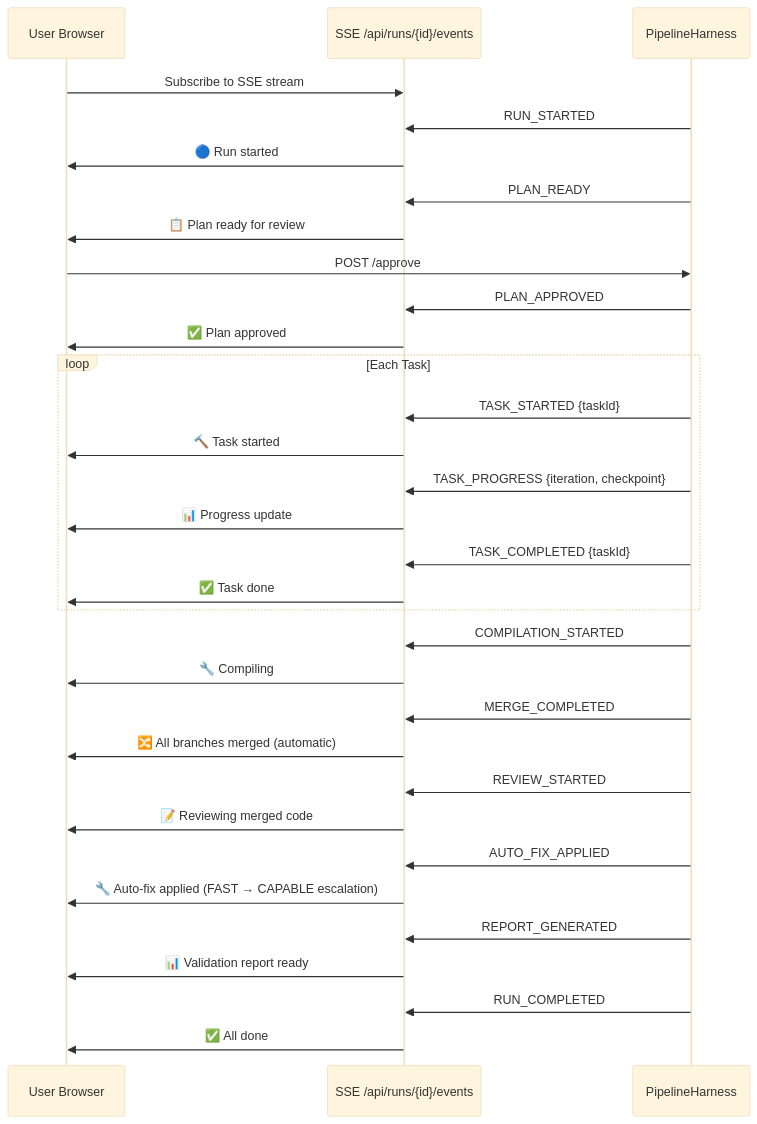
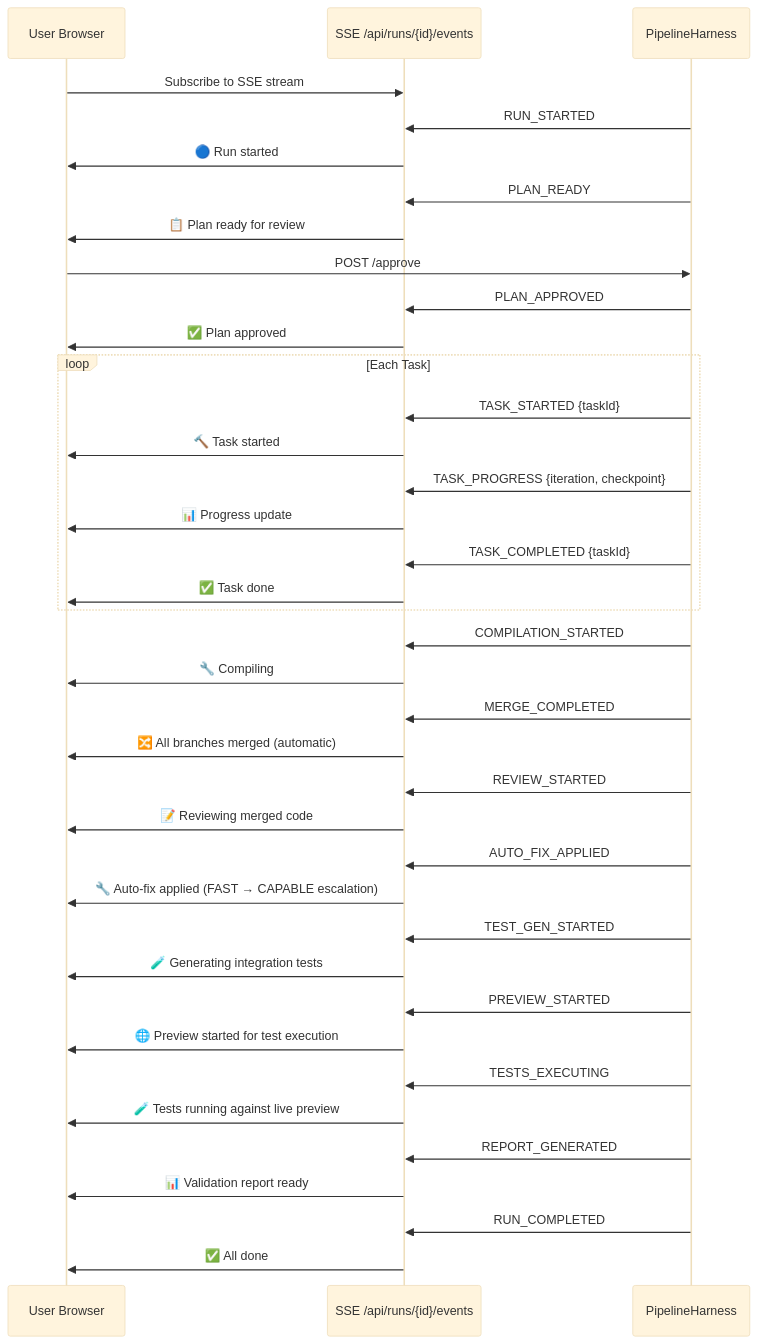
One commit to navneetprabhakar/executespec changed the second of 25 diagrams in docs/WORKFLOWS.md. Above: the diagram before and after it, drawn with Mermaid (base theme). The commit also changed other lines of this file and 14 other files, not shown here.

````diff
--- a/docs/WORKFLOWS.md
+++ b/docs/WORKFLOWS.md
@@ -93,35 +89,41 @@
 ```mermaid
 sequenceDiagram
     participant U as User Browser
     participant S as SSE /api/runs/{id}/events
     participant P as PipelineHarness
 
     U->>S: Subscribe to SSE stream
     P->>S: RUN_STARTED
     S->>U: 🔵 Run started
     P->>S: PLAN_READY
     S->>U: 📋 Plan ready for review
     U->>P: POST /approve
     P->>S: PLAN_APPROVED
     S->>U: ✅ Plan approved
     loop Each Task
         P->>S: TASK_STARTED {taskId}
         S->>U: 🔨 Task started
         P->>S: TASK_PROGRESS {iteration, checkpoint}
         S->>U: 📊 Progress update
         P->>S: TASK_COMPLETED {taskId}
         S->>U: ✅ Task done
     end
     P->>S: COMPILATION_STARTED
     S->>U: 🔧 Compiling
     P->>S: MERGE_COMPLETED
     S->>U: 🔀 All branches merged (automatic)
     P->>S: REVIEW_STARTED
     S->>U: 📝 Reviewing merged code
     P->>S: AUTO_FIX_APPLIED
     S->>U: 🔧 Auto-fix applied (FAST → CAPABLE escalation)
+    P->>S: TEST_GEN_STARTED
+    S->>U: 🧪 Generating integration tests
+    P->>S: PREVIEW_STARTED
+    S->>U: 🌐 Preview started for test execution
+    P->>S: TESTS_EXECUTING
+    S->>U: 🧪 Tests running against live preview
     P->>S: REPORT_GENERATED
     S->>U: 📊 Validation report ready
     P->>S: RUN_COMPLETED
     S->>U: ✅ All done
 ```
````
